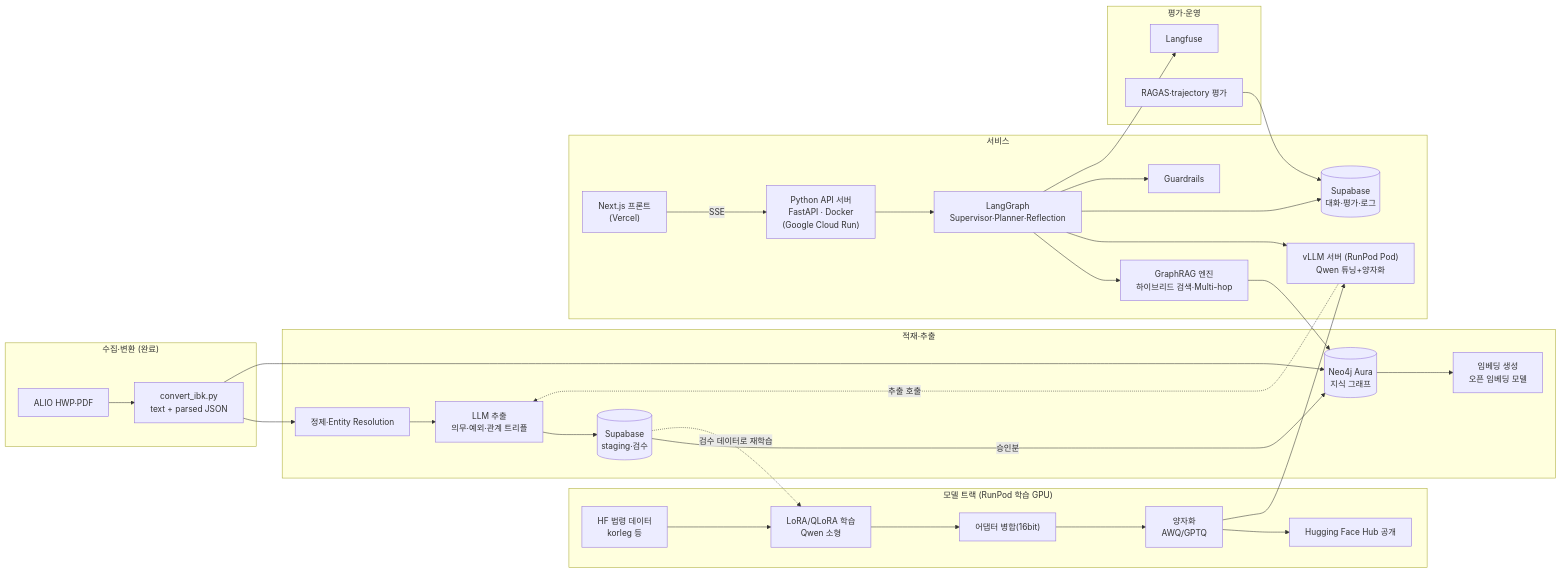
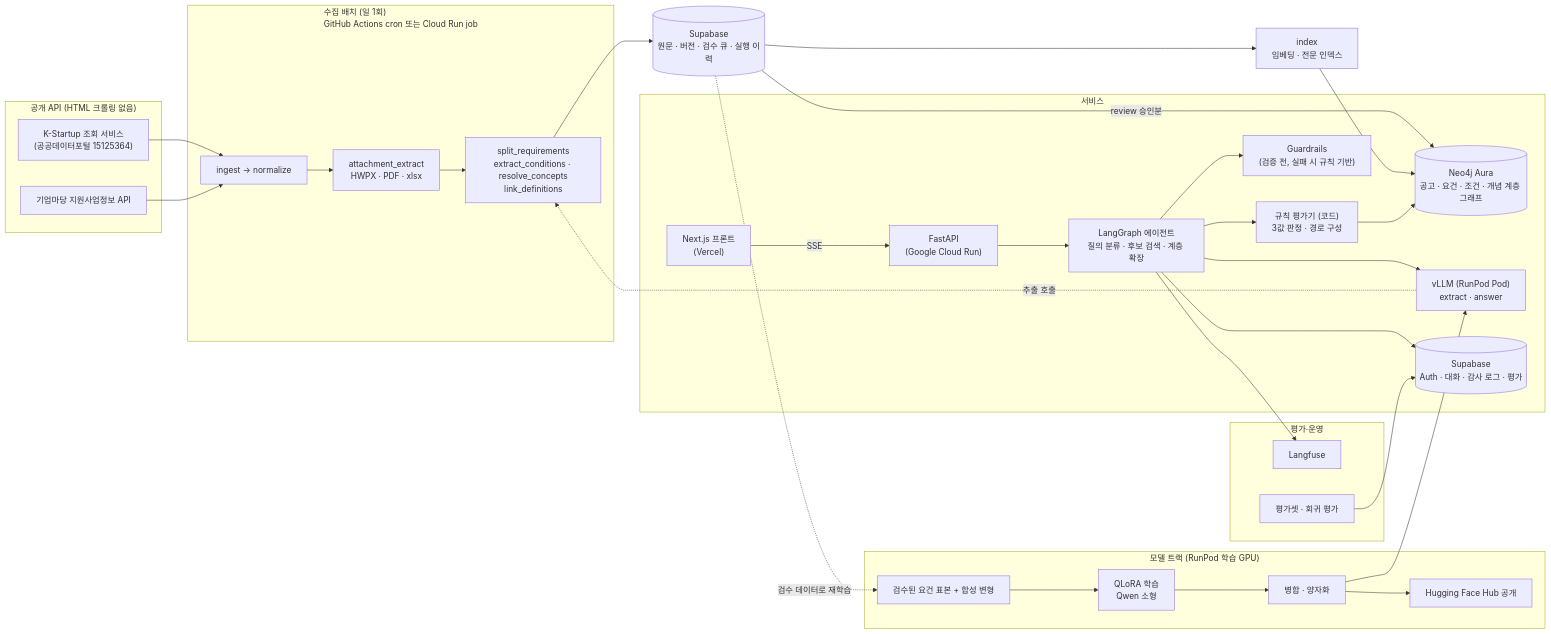
One commit to encore-ai-campus/mle-01-final-team2 changed the first of 2 diagrams in docs/MLE_2팀_기초 설계.md. Above: the diagram before and after it, drawn with Mermaid. The commit also changed other lines of this file and 9 other files, not shown here.

````diff
--- a/docs/MLE_2팀_기초 설계.md
+++ b/docs/MLE_2팀_기초 설계.md
@@ -203,36 +238,38 @@
 ```mermaid
 flowchart LR
-  subgraph ING["수집·변환 (완료)"]
-    A[ALIO HWP·PDF] --> B[convert_ibk.py<br/>text + parsed JSON]
+  subgraph SRC["공개 API (HTML 크롤링 없음)"]
+    K["K-Startup 조회 서비스<br/>(공공데이터포털 15125364)"]
+    BZ["기업마당 지원사업정보 API"]
   end
+  subgraph BATCH["수집 배치 (일 1회)<br/>GitHub Actions cron 또는 Cloud Run job"]
+    I["ingest → normalize"] --> AE["attachment_extract<br/>HWPX · PDF · xlsx"]
+    AE --> SR["split_requirements<br/>extract_conditions · resolve_concepts<br/>link_definitions"]
+  end
+  K --> I
+  BZ --> I
   subgraph TRAIN["모델 트랙 (RunPod 학습 GPU)"]
-    H["HF 법령 데이터<br/>korleg 등"] --> Q["LoRA/QLoRA 학습<br/>Qwen 소형"]
-    Q --> M["어댑터 병합(16bit)"]
-    M --> Z["양자화<br/>AWQ/GPTQ"]
+    D["검수된 요건 표본 + 합성 변형"] --> Q["QLoRA 학습<br/>Qwen 소형"]
+    Q --> Z["병합 · 양자화"]
     Z --> HUB["Hugging Face Hub 공개"]
   end
-  subgraph LOAD["적재·추출"]
-    B --> C["정제·Entity Resolution"]
-    C --> D["LLM 추출<br/>의무·예외·관계 트리플"]
-    D --> E[("Supabase<br/>staging·검수")]
-    E -->|승인분| F[("Neo4j Aura<br/>지식 그래프")]
-    B --> F
-    F --> G["임베딩 생성<br/>오픈 임베딩 모델"]
-  end
+  SR --> E[("Supabase<br/>원문 · 버전 · 검수 큐 · 실행 이력")]
+  E -->|"review 승인분"| N[("Neo4j Aura<br/>공고 · 요건 · 조건 · 개념 계층 그래프")]
+  E --> X["index<br/>임베딩 · 전문 인덱스"]
+  X --> N
   subgraph SERVE["서비스"]
-    U["Next.js 프론트<br/>(Vercel)"] -->|SSE| API["Python API 서버<br/>FastAPI · Docker<br/>(Google Cloud Run)"]
-    API --> S["LangGraph<br/>Supervisor·Planner·Reflection"]
-    S --> R["GraphRAG 엔진<br/>하이브리드 검색·Multi-hop"]
-    R --> F
-    S --> L["vLLM 서버 (RunPod Pod)<br/>Qwen 튜닝+양자화"]
-    S --> E2[("Supabase<br/>대화·평가·로그")]
-    S --> V["Guardrails"]
+    U["Next.js 프론트<br/>(Vercel)"] -->|SSE| API["FastAPI<br/>(Google Cloud Run)"]
+    API --> S["LangGraph 에이전트<br/>질의 분류 · 후보 검색 · 계층 확장"]
+    S --> RE["규칙 평가기 (코드)<br/>3값 판정 · 경로 구성"]
+    RE --> N
+    S --> L["vLLM (RunPod Pod)<br/>extract · answer"]
+    S --> E2[("Supabase<br/>Auth · 대화 · 감사 로그 · 평가")]
+    S --> V["Guardrails<br/>(검증 전, 실패 시 규칙 기반)"]
   end
   Z --> L
-  L -.추출 호출.-> D
-  E -.검수 데이터로 재학습.-> Q
+  L -.추출 호출.-> SR
+  E -.검수 데이터로 재학습.-> D
   subgraph OPS["평가·운영"]
     S --> W["Langfuse"]
-    X["RAGAS·trajectory 평가"] --> E2
+    EV["평가셋 · 회귀 평가"] --> E2
   end
 ```
````
